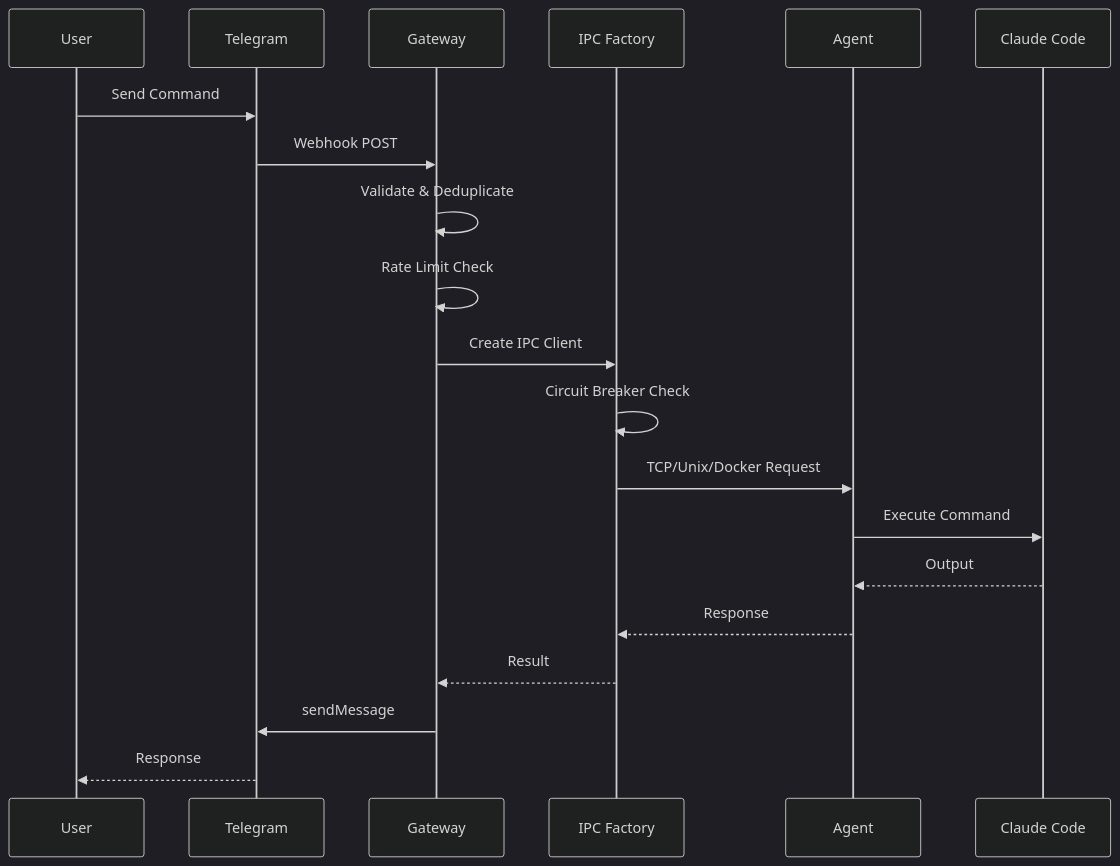
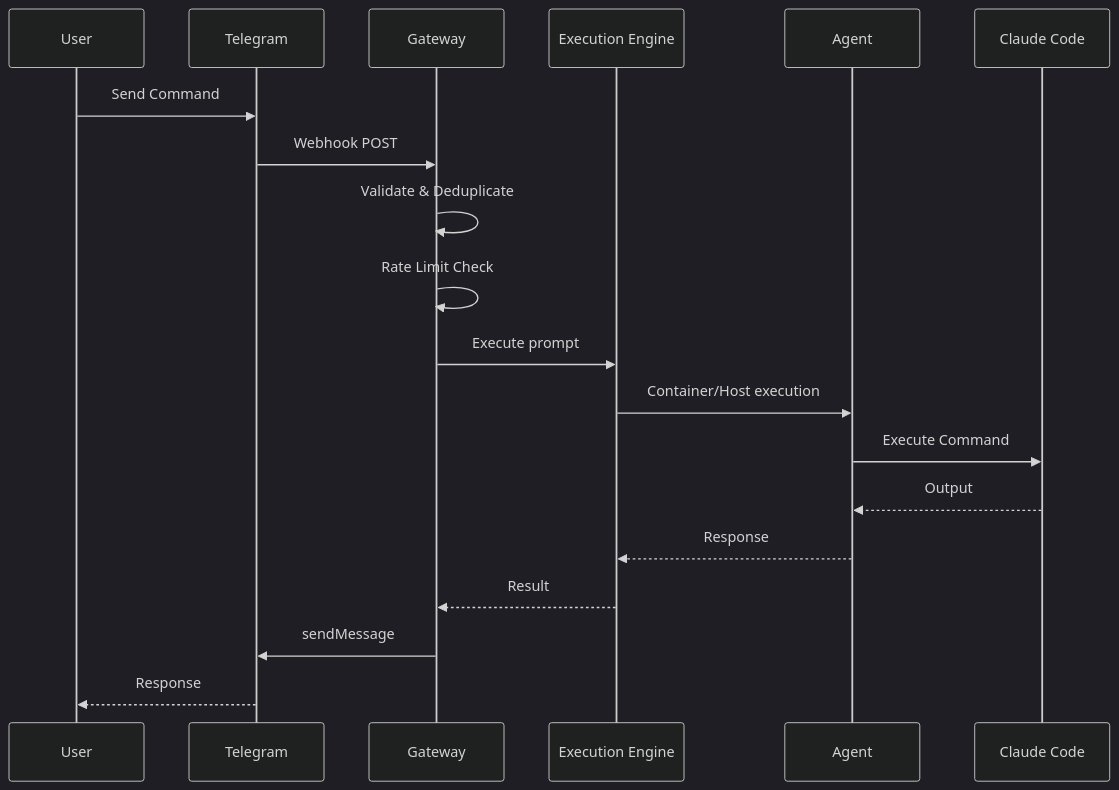
The fourth of 5 diagrams in docs/ARCHITECTURE_SPEC.md (robinmin/cc-bridge), drawn with Mermaid (dark theme) before and after one commit. The commit also changed other lines of this file and 2 other files, not shown here.

Commit message:
feat(execution engine): add execution engine support

````diff
--- a/docs/ARCHITECTURE_SPEC.md
+++ b/docs/ARCHITECTURE_SPEC.md
@@ -233,23 +286,22 @@
 ```mermaid
 sequenceDiagram
     participant U as User
     participant T as Telegram
     participant G as Gateway
-    participant I as IPC Factory
+    participant E as Execution Engine
     participant A as Agent
     participant C as Claude Code
 
     U->>T: Send Command
     T->>G: Webhook POST
     G->>G: Validate & Deduplicate
     G->>G: Rate Limit Check
-    G->>I: Create IPC Client
-    I->>I: Circuit Breaker Check
-    I->>A: TCP/Unix/Docker Request
+    G->>E: Execute prompt
+    E->>A: Container/Host execution
     A->>C: Execute Command
     C-->>A: Output
-    A-->>I: Response
-    I-->>G: Result
+    A-->>E: Response
+    E-->>G: Result
     G->>T: sendMessage
     T-->>U: Response
 ```
````
